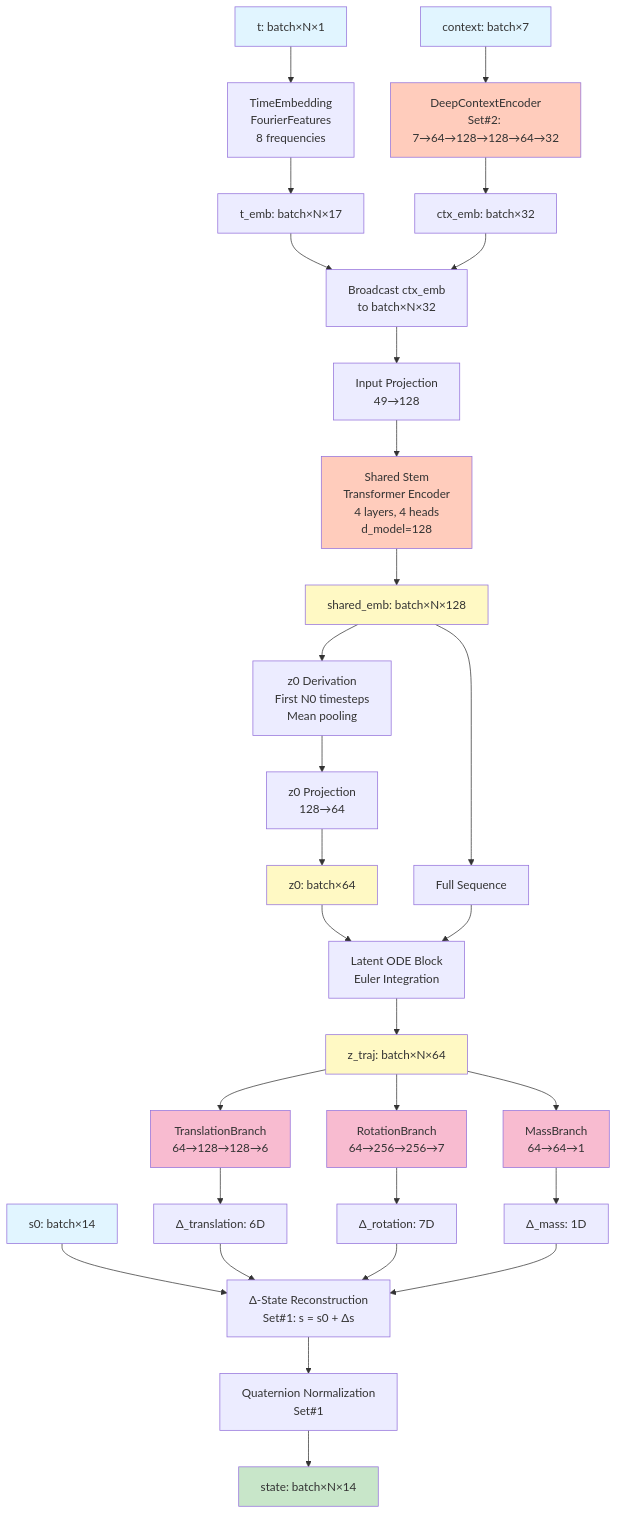
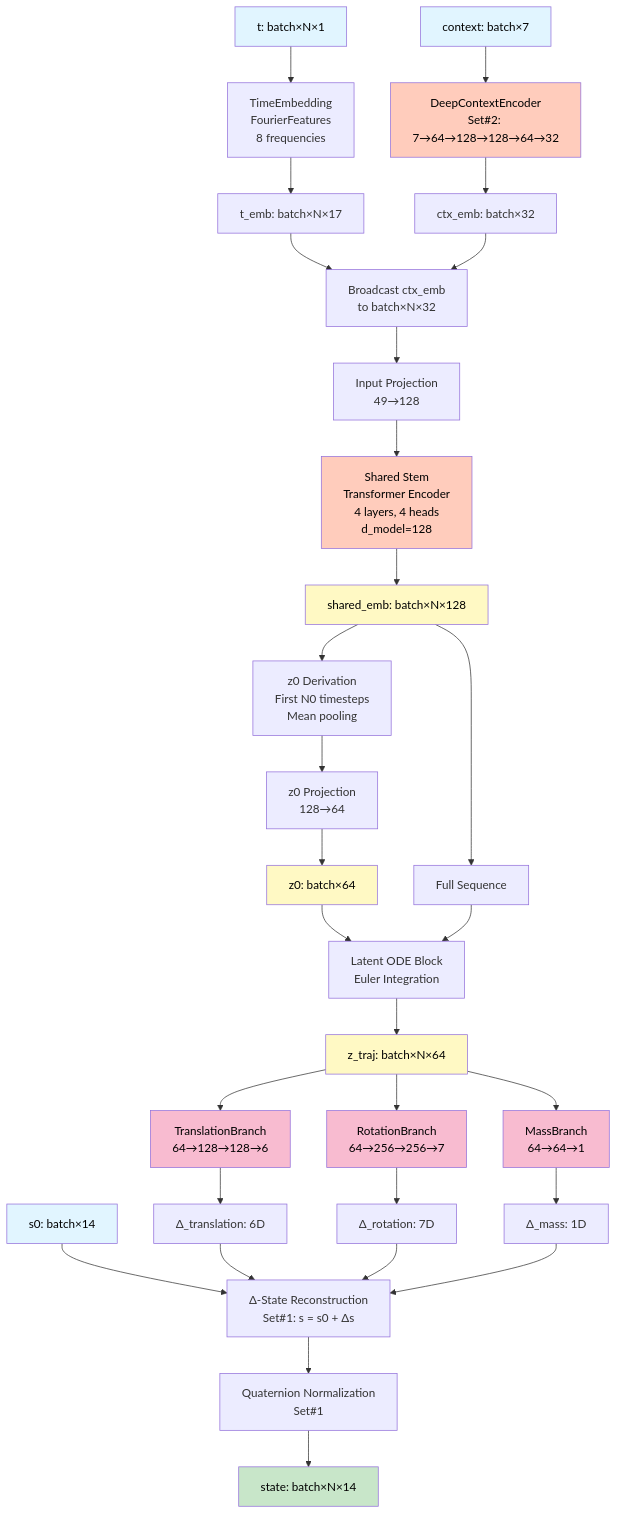
The sixth of 11 diagrams in docs/architecture_diagram.md (hahahuy/thesis-rocket-trajectory-optimizer), drawn with Mermaid before and after one commit. The commit also changed other lines of this file, not shown here.

Commit message:
diagram fix

````diff
--- a/docs/architecture_diagram.md
+++ b/docs/architecture_diagram.md
@@ -169,49 +169,49 @@
 ```mermaid
 graph TD
-    A[t: batch×N×1] --> B[TimeEmbedding<br/>FourierFeatures<br/>8 frequencies]
-    C[context: batch×7] --> D[DeepContextEncoder<br/>Set#2: 7→64→128→128→64→32]
-    B --> E[t_emb: batch×N×17]
-    D --> F[ctx_emb: batch×32]
-    E --> G[Broadcast ctx_emb<br/>to batch×N×32]
+    A["t: batch×N×1"] --> B["TimeEmbedding<br/>FourierFeatures<br/>8 frequencies"]
+    C["context: batch×7"] --> D["DeepContextEncoder<br/>Set#2: 7→64→128→128→64→32"]
+    B --> E["t_emb: batch×N×17"]
+    D --> F["ctx_emb: batch×32"]
+    E --> G["Broadcast ctx_emb<br/>to batch×N×32"]
     F --> G
-    G --> H[Input Projection<br/>49→128]
-    H --> I[Shared Stem<br/>Transformer Encoder<br/>4 layers, 4 heads<br/>d_model=128]
-    I --> J[shared_emb: batch×N×128]
+    G --> H["Input Projection<br/>49→128"]
+    H --> I["Shared Stem<br/>Transformer Encoder<br/>4 layers, 4 heads<br/>d_model=128"]
+    I --> J["shared_emb: batch×N×128"]
     
-    J --> K[z0 Derivation<br/>First N0 timesteps<br/>Mean pooling]
-    K --> L[z0 Projection<br/>128→64]
-    L --> M[z0: batch×64]
+    J --> K["z0 Derivation<br/>First N0 timesteps<br/>Mean pooling"]
+    K --> L["z0 Projection<br/>128→64"]
+    L --> M["z0: batch×64"]
     
-    J --> N[Full Sequence]
-    M --> O[Latent ODE Block<br/>Euler Integration]
+    J --> N["Full Sequence"]
+    M --> O["Latent ODE Block<br/>Euler Integration"]
     N --> O
-    O --> P[z_traj: batch×N×64]
+    O --> P["z_traj: batch×N×64"]
     
-    P --> Q1[TranslationBranch<br/>64→128→128→6]
-    P --> Q2[RotationBranch<br/>64→256→256→7]
-    P --> Q3[MassBranch<br/>64→64→1]
+    P --> Q1["TranslationBranch<br/>64→128→128→6"]
+    P --> Q2["RotationBranch<br/>64→256→256→7"]
+    P --> Q3["MassBranch<br/>64→64→1"]
     
-    Q1 --> R1[Δ_translation: 6D]
-    Q2 --> R2[Δ_rotation: 7D]
-    Q3 --> R3[Δ_mass: 1D]
+    Q1 --> R1["Δ_translation: 6D"]
+    Q2 --> R2["Δ_rotation: 7D"]
+    Q3 --> R3["Δ_mass: 1D"]
     
-    S[s0: batch×14] --> T[Δ-State Reconstruction<br/>Set#1: s = s0 + Δs]
+    S["s0: batch×14"] --> T["Δ-State Reconstruction<br/>Set#1: s = s0 + Δs"]
     R1 --> T
     R2 --> T
     R3 --> T
-    T --> U[Quaternion Normalization<br/>Set#1]
-    U --> V[state: batch×N×14]
+    T --> U["Quaternion Normalization<br/>Set#1"]
+    U --> V["state: batch×N×14"]
     
-    style A fill:#e1f5ff
-    style C fill:#e1f5ff
-    style S fill:#e1f5ff
-    style D fill:#ffccbc
-    style I fill:#ffccbc
-    style J fill:#fff9c4
-    style M fill:#fff9c4
-    style P fill:#fff9c4
-    style Q1 fill:#f8bbd0
-    style Q2 fill:#f8bbd0
-    style Q3 fill:#f8bbd0
-    style V fill:#c8e6c9
+    style A fill:#e1f5ff,color:#000000
+    style C fill:#e1f5ff,color:#000000
+    style S fill:#e1f5ff,color:#000000
+    style D fill:#ffccbc,color:#000000
+    style I fill:#ffccbc,color:#000000
+    style J fill:#fff9c4,color:#000000
+    style M fill:#fff9c4,color:#000000
+    style P fill:#fff9c4,color:#000000
+    style Q1 fill:#f8bbd0,color:#000000
+    style Q2 fill:#f8bbd0,color:#000000
+    style Q3 fill:#f8bbd0,color:#000000
+    style V fill:#c8e6c9,color:#000000
 ```
````
